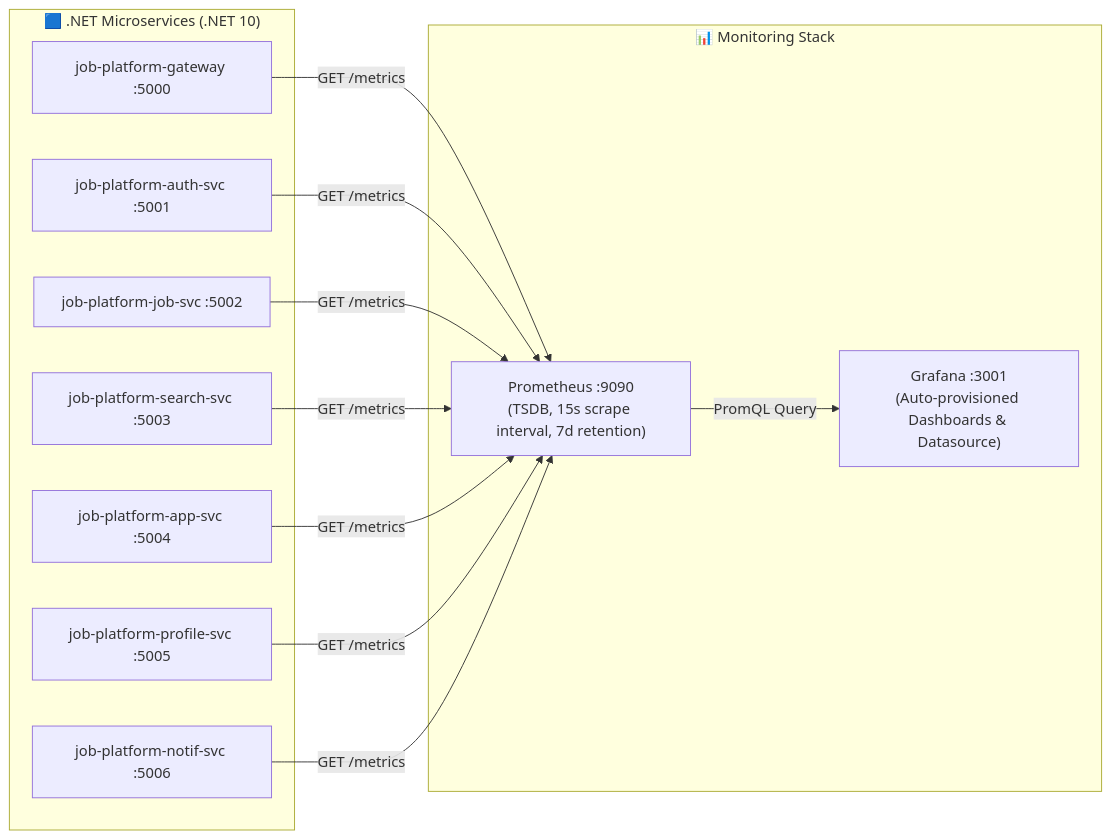
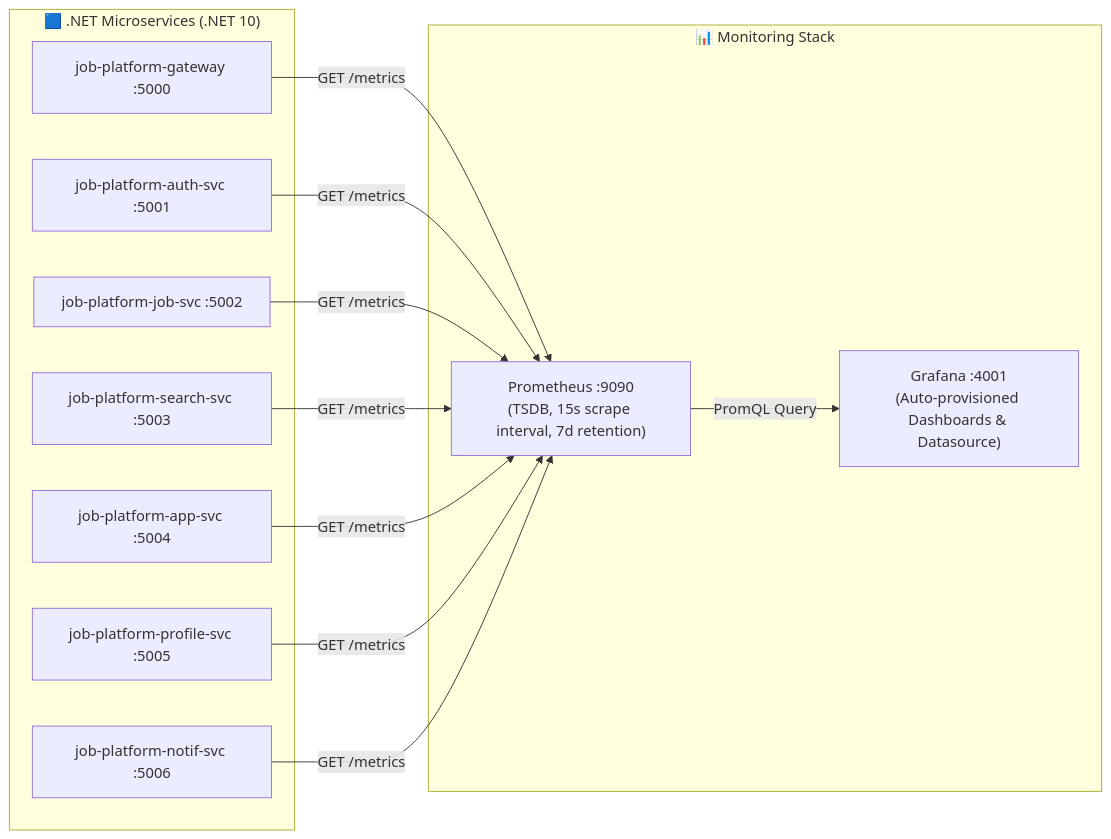
The diagram in docs/monitoring.md (dut-pbl6-2026/job-platform-infra), drawn with Mermaid before and after one commit. The commit also changed other lines of this file and 1 other file, not shown here.

First line of the commit message:
docs(infra): document seed-dev, fetch-sources before build, Grafana on 4001

````diff
--- a/docs/monitoring.md
+++ b/docs/monitoring.md
@@ -9,26 +9,26 @@
 ```mermaid
 flowchart LR
     subgraph DotNet["🟦 .NET Microservices (.NET 10)"]
         GW["job-platform-gateway :5000"]
         AUTH["job-platform-auth-svc :5001"]
         JOB["job-platform-job-svc :5002"]
         SEARCH["job-platform-search-svc :5003"]
         APP["job-platform-app-svc :5004"]
         PROFILE["job-platform-profile-svc :5005"]
         NOTIF["job-platform-notif-svc :5006"]
     end
 
     subgraph Monitoring["📊 Monitoring Stack"]
         PROM["Prometheus :9090\n(TSDB, 15s scrape interval, 7d retention)"]
-        GRAF["Grafana :3001\n(Auto-provisioned Dashboards & Datasource)"]
+        GRAF["Grafana :4001\n(Auto-provisioned Dashboards & Datasource)"]
     end
 
     GW -- "GET /metrics" --> PROM
     AUTH -- "GET /metrics" --> PROM
     JOB -- "GET /metrics" --> PROM
     SEARCH -- "GET /metrics" --> PROM
     APP -- "GET /metrics" --> PROM
     PROFILE -- "GET /metrics" --> PROM
     NOTIF -- "GET /metrics" --> PROM
     PROM -- "PromQL Query" --> GRAF
 ```
````
